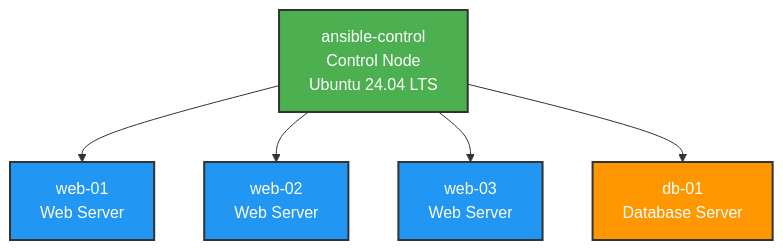
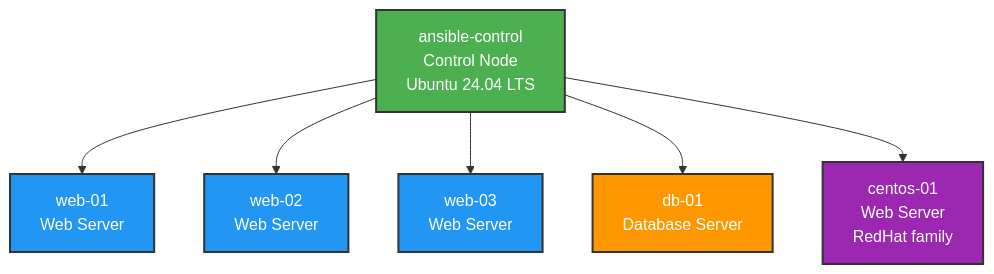
The first of 5 diagrams in README.md (Verdhiya/ansible-infrastructure), drawn with Mermaid before and after one commit. The commit also changed other lines of this file, not shown here.

````diff
--- a/README.md
+++ b/README.md
@@ -45,13 +46,15 @@
 ```mermaid
 graph TB
     A[ansible-control<br/>Control Node<br/>Ubuntu 24.04 LTS] --> B[web-01<br/>Web Server]
     A --> C[web-02<br/>Web Server]
     A --> D[web-03<br/>Web Server]
     A --> E[db-01<br/>Database Server]
+    A --> F[centos-01<br/>Web Server<br/>RedHat family]
     
     style A fill:#4CAF50,stroke:#333,stroke-width:2px,color:#fff
     style B fill:#2196F3,stroke:#333,stroke-width:2px,color:#fff
     style C fill:#2196F3,stroke:#333,stroke-width:2px,color:#fff
     style D fill:#2196F3,stroke:#333,stroke-width:2px,color:#fff
     style E fill:#FF9800,stroke:#333,stroke-width:2px,color:#fff
+    style F fill:#9C27B0,stroke:#333,stroke-width:2px,color:#fff
 ```
````
